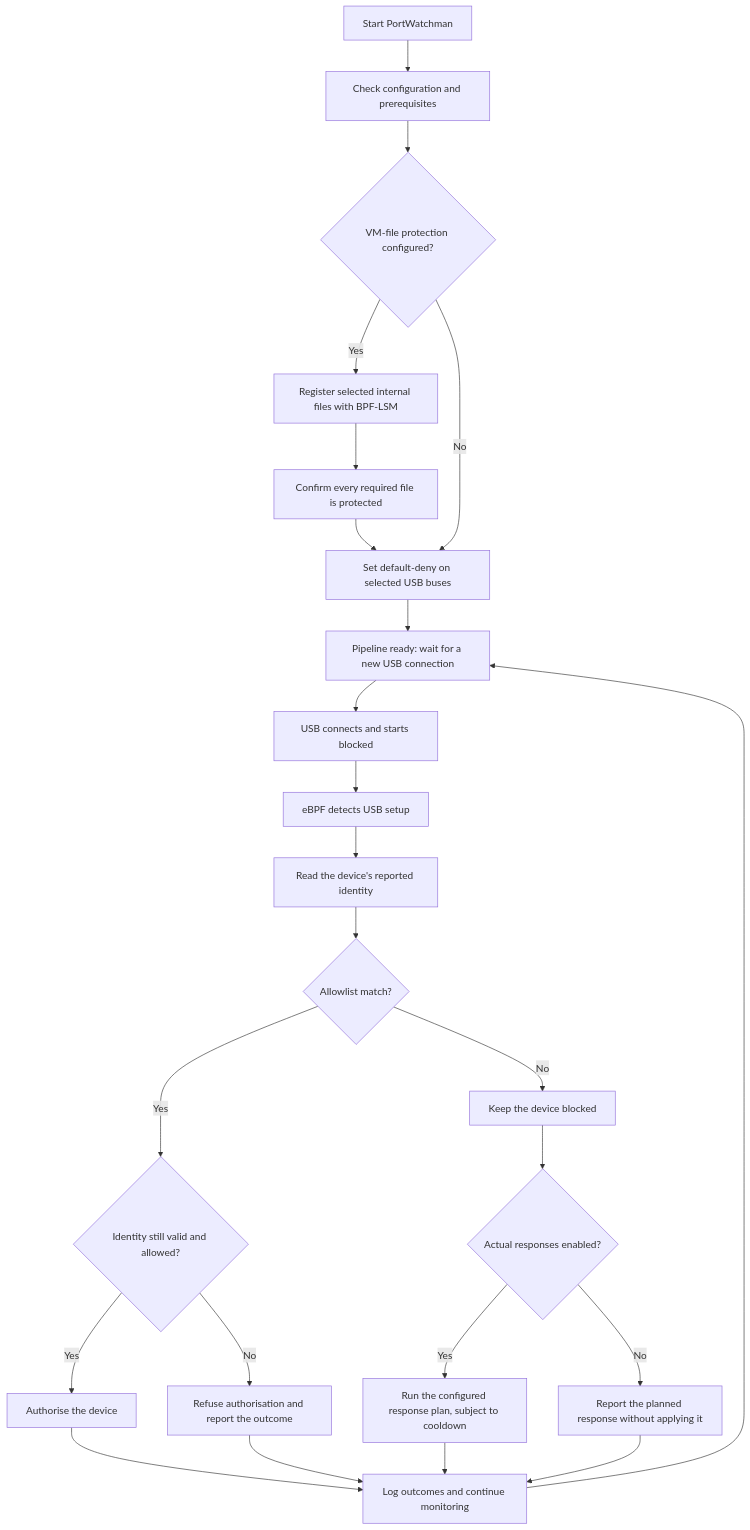
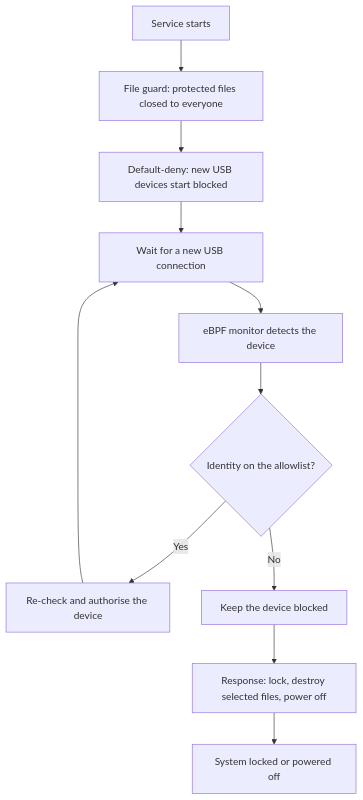
Before and after one commit to Matzz2401229/ForensicSherlocks_Project: the diagram in README.md, drawn with Mermaid. The commit also changed other lines of this file and 18 other files, not shown here.

First line of the commit message:
Let the response stage destroy guarded files; add quick-start file lists and a README overview

````diff
--- a/README.md
+++ b/README.md
@@ -33,28 +20,13 @@
 ```mermaid
 flowchart TD
-    Start["Start PortWatchman"] --> Check["Check configuration and prerequisites"]
-    Check --> Local{"VM-file protection configured?"}
-    Local -->|Yes| Protect["Register selected internal files with BPF-LSM"]
-    Protect --> Verify["Confirm every required file is protected"]
-    Verify --> Default["Set default-deny on selected USB buses"]
-    Local -->|No| Default
-    Default --> Ready["Pipeline ready: wait for a new USB connection"]
-    Ready --> USB["USB connects and starts blocked"]
-    USB --> Monitor["eBPF detects USB setup"]
-    Monitor --> Identify["Read the device's reported identity"]
-    Identify --> Policy{"Allowlist match?"}
-
-    Policy -->|Yes| Revalidate{"Identity still valid and allowed?"}
-    Revalidate -->|Yes| Allow["Authorise the device"]
-    Revalidate -->|No| Refuse["Refuse authorisation and report the outcome"]
-    Allow --> Log["Log outcomes and continue monitoring"]
-    Refuse --> Log
-
+    Start["Service starts"] --> Guard["File guard: protected files closed to everyone"]
+    Guard --> Arm["Default-deny: new USB devices start blocked"]
+    Arm --> Wait["Wait for a new USB connection"]
+    Wait --> Monitor["eBPF monitor detects the device"]
+    Monitor --> Policy{"Identity on the allowlist?"}
+    Policy -->|Yes| Allow["Re-check and authorise the device"]
     Policy -->|No| Block["Keep the device blocked"]
-    Block --> Apply{"Actual responses enabled?"}
-    Apply -->|Yes| Response["Run the configured response plan, subject to cooldown"]
-    Apply -->|No| Preview["Report the planned response without applying it"]
-    Response --> Log
-    Preview --> Log
-    Log --> Ready
+    Block --> Respond["Response: lock, destroy selected files, power off"]
+    Allow --> Wait
+    Respond --> Off["System locked or powered off"]
 ```
````
